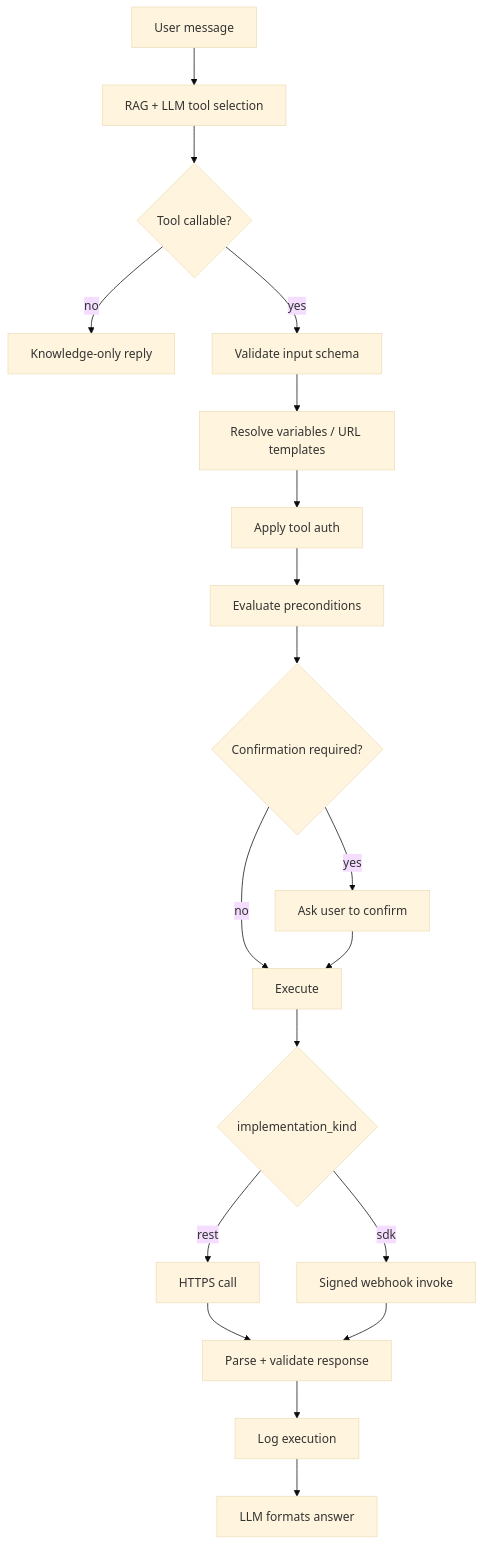
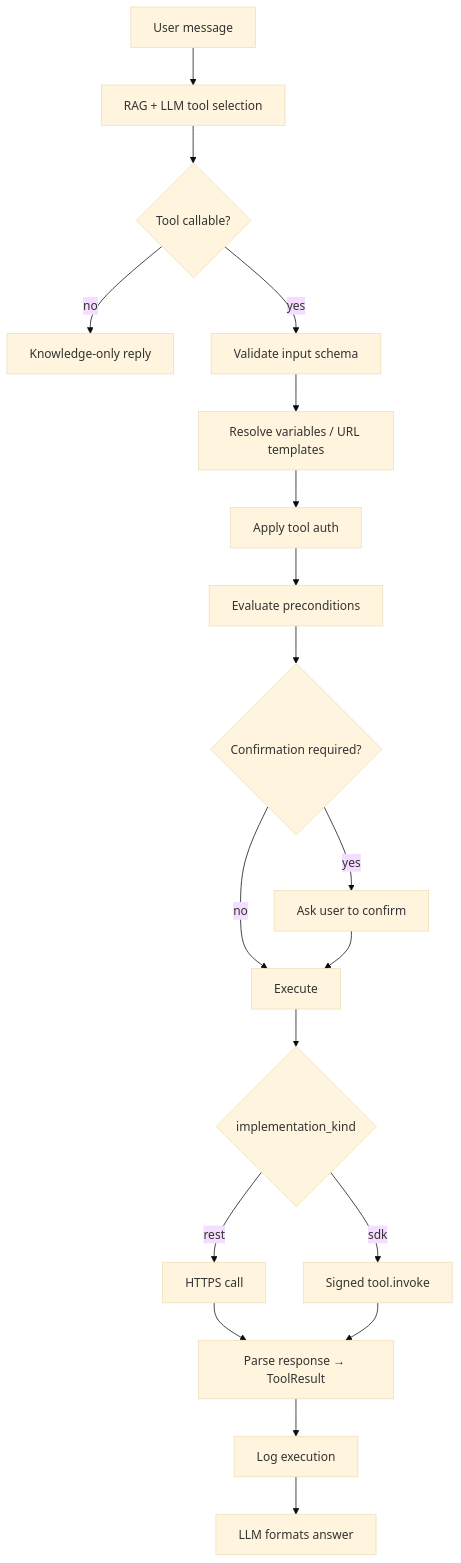
One commit to qefro-ai/qefro-documentation changed the second of 2 diagrams in docs/business-tools/runtime.mdx. Above: the diagram before and after it, drawn with Mermaid (base theme). The commit also changed other lines of this file and 40 other files, not shown here.

````diff
--- a/docs/business-tools/runtime.mdx
+++ b/docs/business-tools/runtime.mdx
@@ -18,21 +56,21 @@
 ```mermaid
 flowchart TD
   A[User message] --> B[RAG + LLM tool selection]
   B --> C{Tool callable?}
   C -->|no| D[Knowledge-only reply]
   C -->|yes| E[Validate input schema]
   E --> F[Resolve variables / URL templates]
   F --> G[Apply tool auth]
   G --> H[Evaluate preconditions]
   H --> I{Confirmation required?}
   I -->|yes| J[Ask user to confirm]
   I -->|no| K[Execute]
   J --> K
   K --> L{implementation_kind}
   L -->|rest| M[HTTPS call]
-  L -->|sdk| N[Signed webhook invoke]
-  M --> O[Parse + validate response]
+  L -->|sdk| N[Signed tool.invoke]
+  M --> O[Parse response → ToolResult]
   N --> O
   O --> P[Log execution]
   P --> Q[LLM formats answer]
 ```
````
